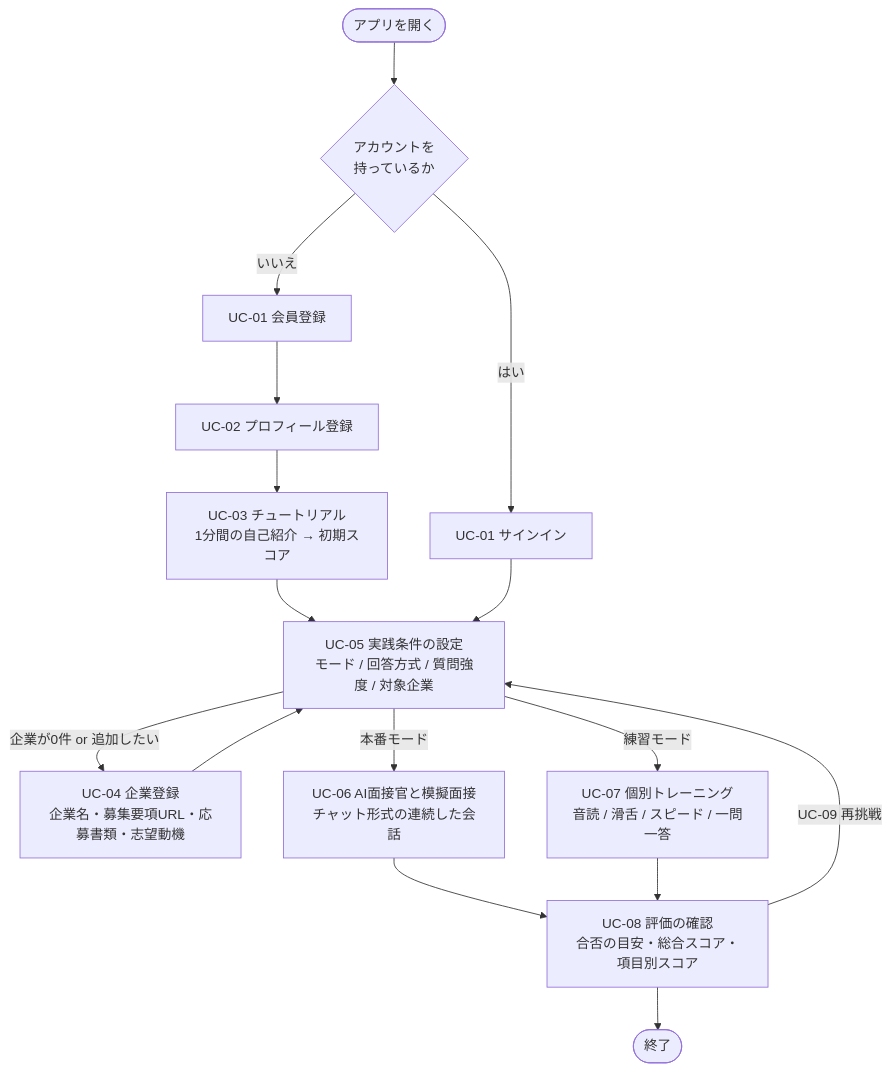
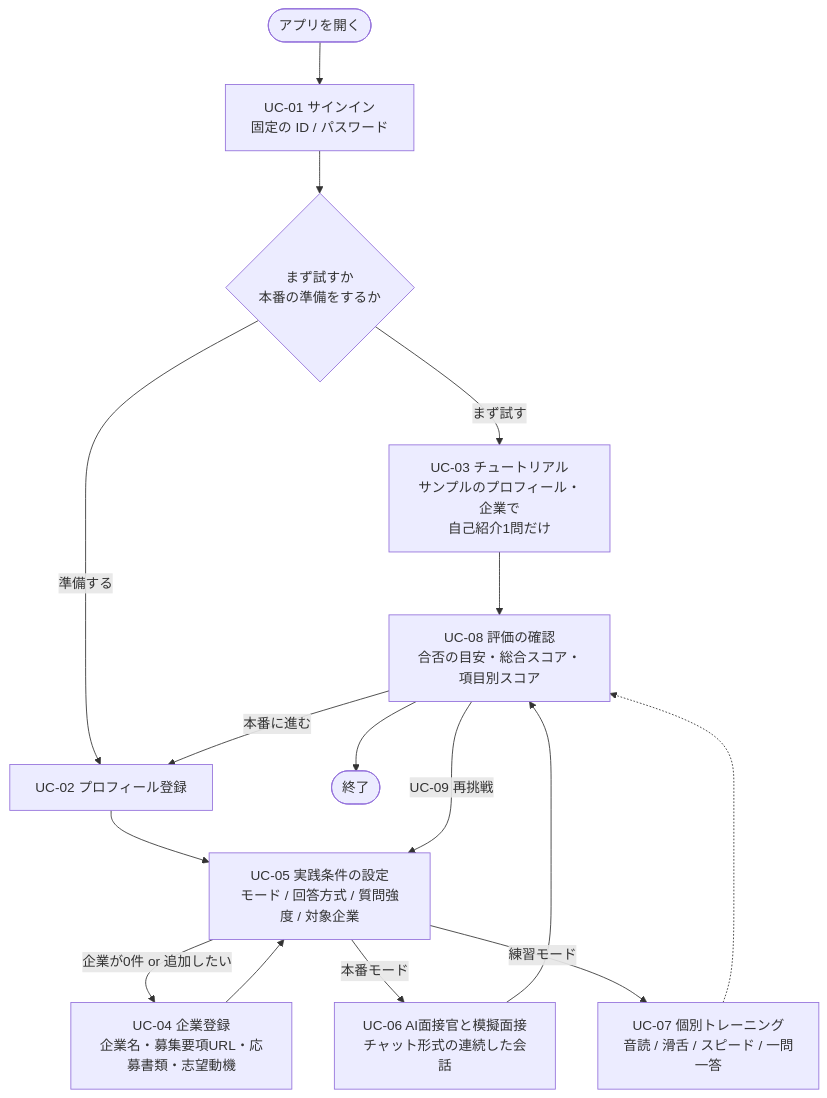
The diagram in documents/ユースケース・ユーザーフロー.md (study-basic-hackathon/hanasu), drawn with Mermaid before and after one commit. The commit also changed other lines of this file, not shown here.

````diff
--- a/documents/ユースケース・ユーザーフロー.md
+++ b/documents/ユースケース・ユーザーフロー.md
@@ -133,24 +157,24 @@
 ```mermaid
 flowchart TD
-    open(["アプリを開く"]) --> auth{"アカウントを<br/>持っているか"}
-    auth -->|いいえ| signup["UC-01 会員登録"]
-    auth -->|はい| signin["UC-01 サインイン"]
+    open(["アプリを開く"]) --> signin["UC-01 サインイン<br/>固定の ID / パスワード"]
+    signin --> choice{"まず試すか<br/>本番の準備をするか"}
 
-    signup --> profile["UC-02 プロフィール登録"]
-    profile --> tutorial["UC-03 チュートリアル<br/>1分間の自己紹介 → 初期スコア"]
-    tutorial --> setup
+    choice -->|まず試す| tutorial["UC-03 チュートリアル<br/>サンプルのプロフィール・企業で<br/>自己紹介1問だけ"]
+    choice -->|準備する| profile["UC-02 プロフィール登録"]
 
-    signin --> setup["UC-05 実践条件の設定<br/>モード / 回答方式 / 質問強度 / 対象企業"]
+    tutorial --> result
+    profile --> setup["UC-05 実践条件の設定<br/>モード / 回答方式 / 質問強度 / 対象企業"]
 
     setup -->|企業が0件 or 追加したい| company["UC-04 企業登録<br/>企業名・募集要項URL・応募書類・志望動機"]
     company --> setup
 
     setup -->|本番モード| honban["UC-06 AI面接官と模擬面接<br/>チャット形式の連続した会話"]
     setup -->|練習モード| renshu["UC-07 個別トレーニング<br/>音読 / 滑舌 / スピード / 一問一答"]
 
     honban --> result["UC-08 評価の確認<br/>合否の目安・総合スコア・項目別スコア"]
-    renshu --> result
+    renshu -.-> result
 
+    result -->|本番に進む| profile
     result -->|UC-09 再挑戦| setup
     result --> finish(["終了"])
 ```
````
